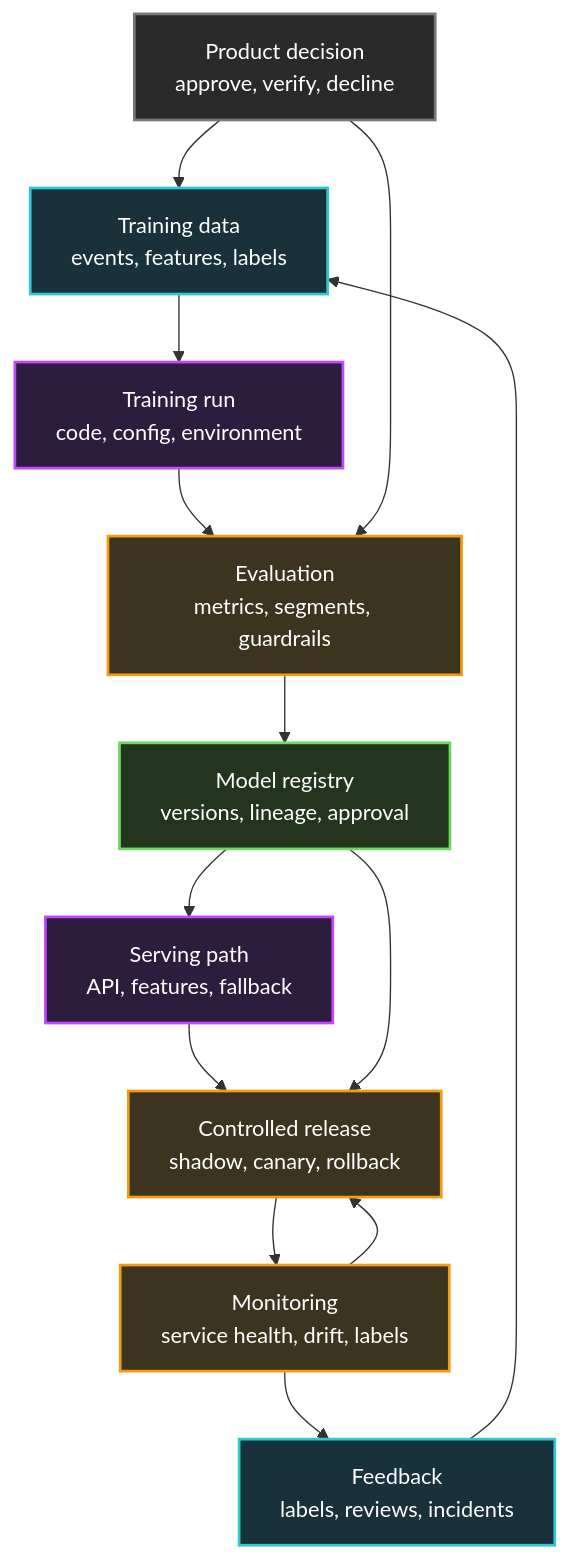
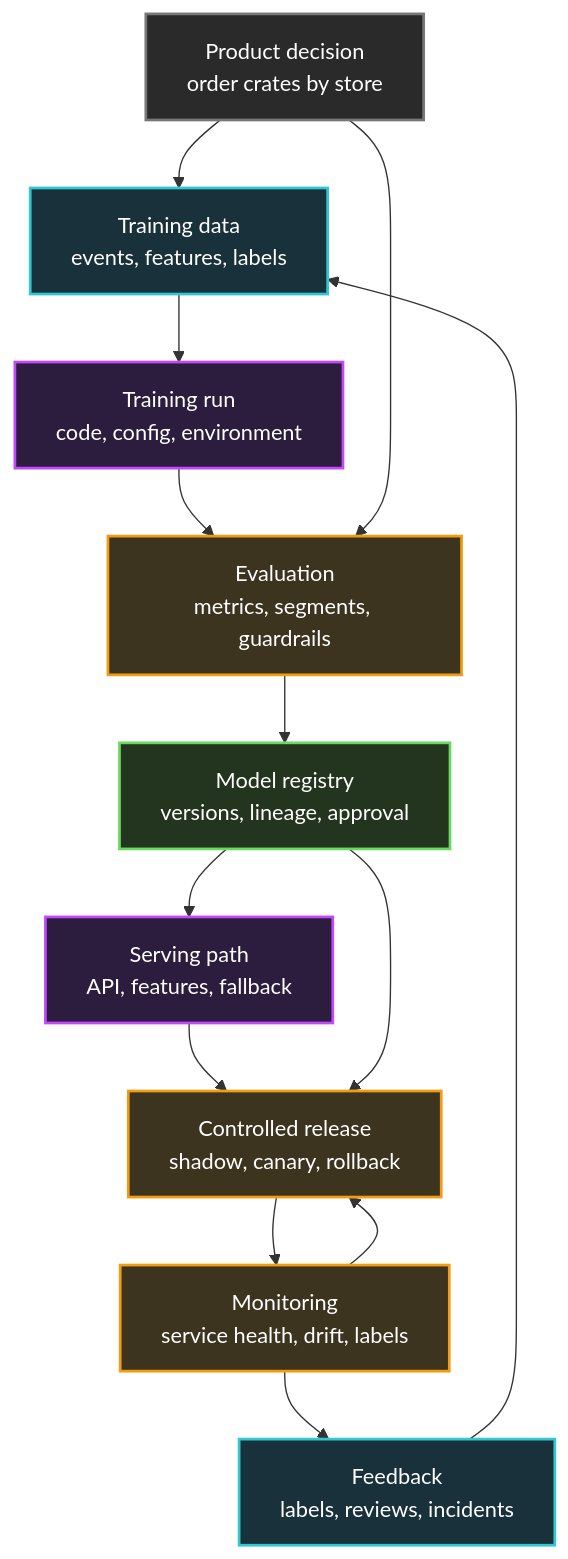
One commit to senlinyy/dev-roadmaps changed the diagram in roadmaps/mlops/modules/mlops-foundations/what-mlops-solves/03-ml-system-lifecycle.md. Above: the diagram before and after it, drawn with Mermaid. The commit also changed other lines of this file and 2122 other files, not shown here.

````diff
--- a/roadmaps/mlops/modules/mlops-foundations/what-mlops-solves/03-ml-system-lifecycle.md
+++ b/roadmaps/mlops/modules/mlops-foundations/what-mlops-solves/03-ml-system-lifecycle.md
@@ -435,23 +448,23 @@
 ```mermaid
 flowchart TB
-    Decision[Product decision<br/>approve, verify, decline]:::plan
+    Decision[Product decision<br/>order crates by store]:::plan
     Data[Training data<br/>events, features, labels]:::data
     Train[Training run<br/>code, config, environment]:::compute
     Eval[Evaluation<br/>metrics, segments, guardrails]:::quality
     Registry[Model registry<br/>versions, lineage, approval]:::artifact
     Serving[Serving path<br/>API, features, fallback]:::compute
     Release[Controlled release<br/>shadow, canary, rollback]:::quality
     Monitor[Monitoring<br/>service health, drift, labels]:::quality
     Feedback[Feedback<br/>labels, reviews, incidents]:::data
 
     Decision --> Data --> Train --> Eval --> Registry --> Serving --> Release --> Monitor --> Feedback --> Data
     Decision --> Eval
     Registry --> Release
     Monitor --> Release
 
     classDef plan fill:#2a2a2a,stroke:#777,stroke-width:2px,color:#fff
     classDef data fill:#19313a,stroke:#31c6d4,stroke-width:2px,color:#fff
     classDef compute fill:#2c1d3e,stroke:#c446ff,stroke-width:2px,color:#fff
     classDef quality fill:#3c341f,stroke:#f39c12,stroke-width:2px,color:#fff
     classDef artifact fill:#24351f,stroke:#6bd95f,stroke-width:2px,color:#fff
 ```
````
